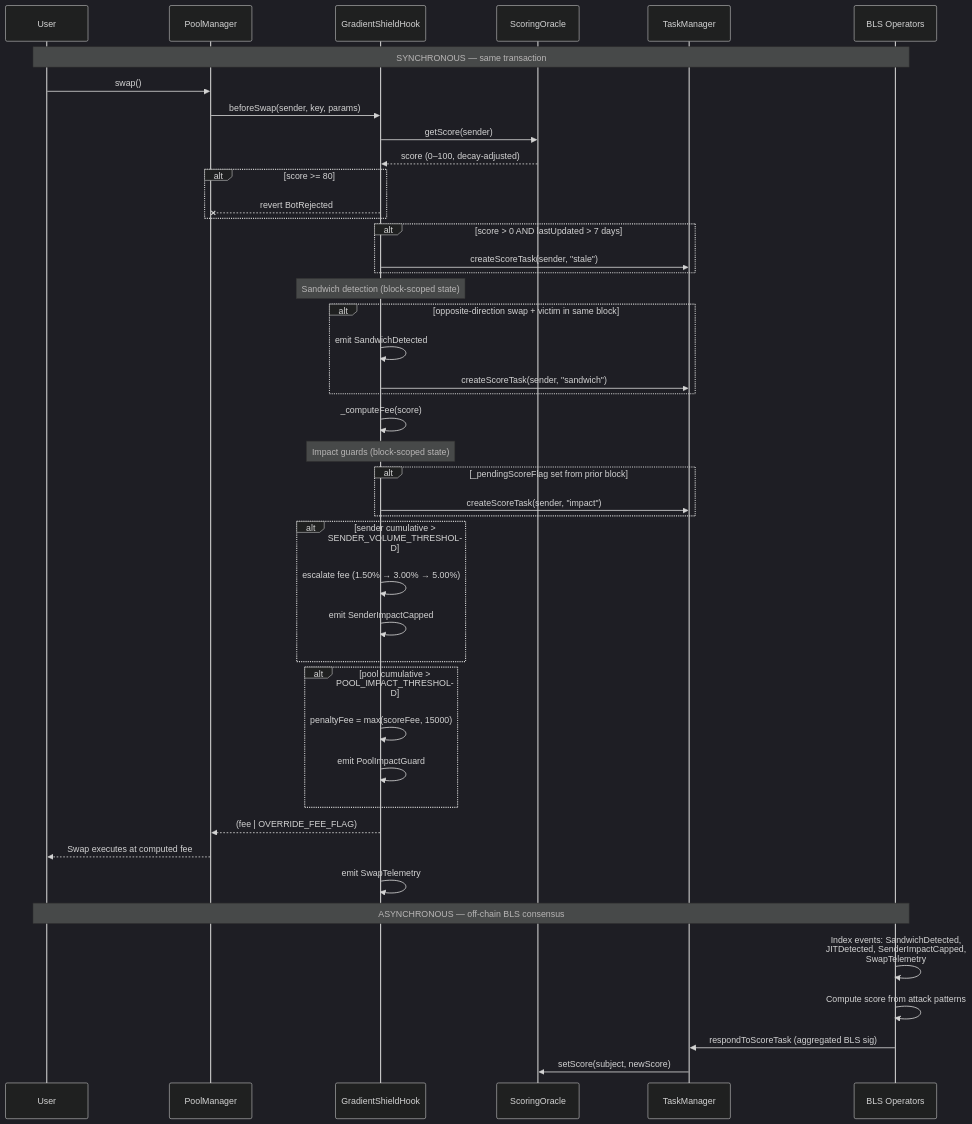
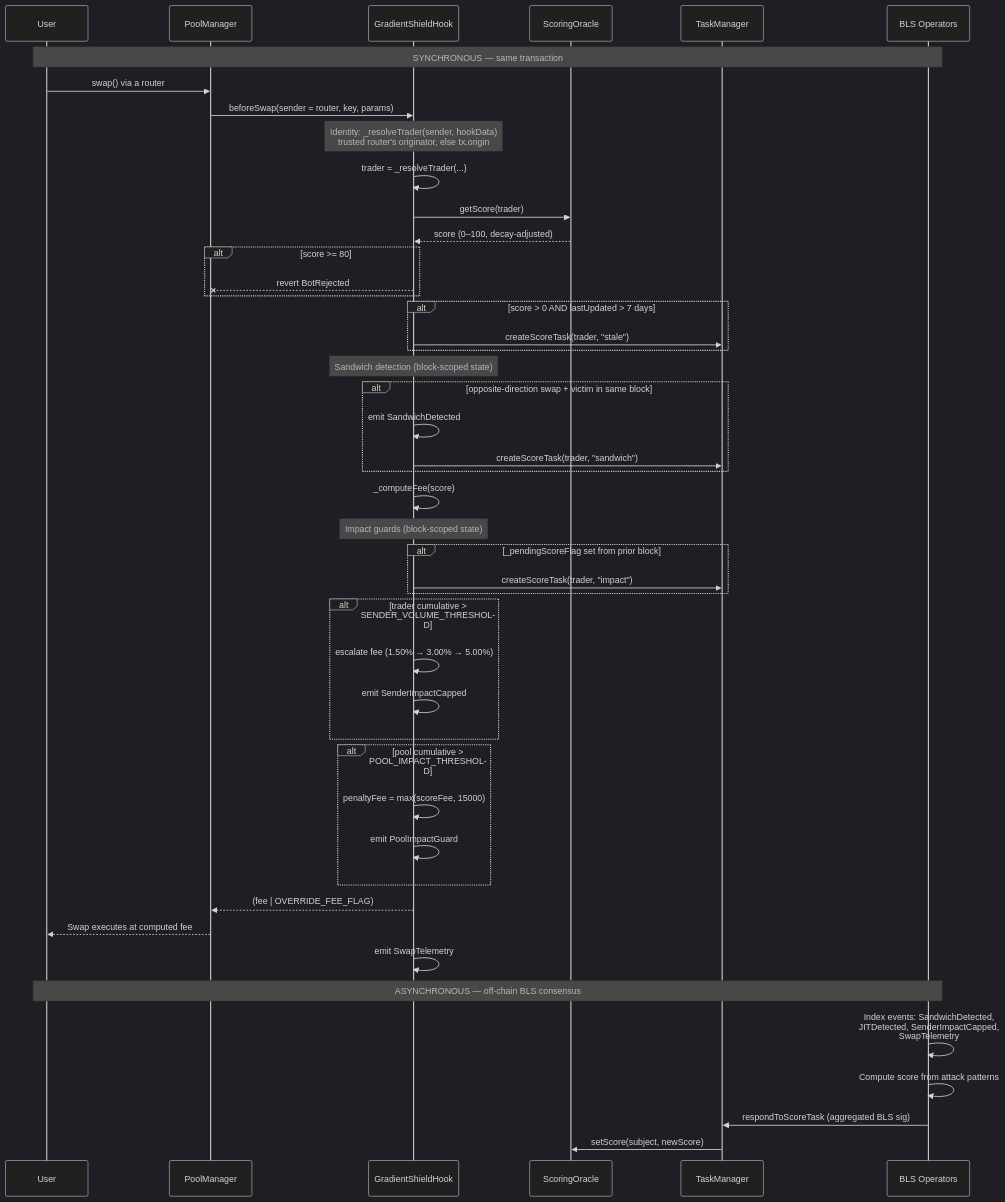
Before and after one commit to sivajialla/gradient-shield: the second of 2 diagrams in README.md, drawn with Mermaid (dark theme). The commit also changed other lines of this file and 13 other files, not shown here.

First line of the commit message:
Score the trader, not the router

````diff
--- a/README.md
+++ b/README.md
@@ -107,58 +107,61 @@
 ```mermaid
 sequenceDiagram
     participant User
     participant PM as PoolManager
     participant Hook as GradientShieldHook
     participant Oracle as ScoringOracle
     participant TM as TaskManager
     participant Ops as BLS Operators
 
     Note over User,Ops: SYNCHRONOUS — same transaction
 
-    User->>PM: swap()
-    PM->>Hook: beforeSwap(sender, key, params)
+    User->>PM: swap() via a router
+    PM->>Hook: beforeSwap(sender = router, key, params)
 
-    Hook->>Oracle: getScore(sender)
+    Note over Hook: Identity: _resolveTrader(sender, hookData)<br/>trusted router's originator, else tx.origin
+    Hook->>Hook: trader = _resolveTrader(...)
+
+    Hook->>Oracle: getScore(trader)
     Oracle-->>Hook: score (0–100, decay-adjusted)
 
     alt score >= 80
         Hook--xPM: revert BotRejected
     end
 
     alt score > 0 AND lastUpdated > 7 days
-        Hook->>TM: createScoreTask(sender, "stale")
+        Hook->>TM: createScoreTask(trader, "stale")
     end
 
     Note over Hook: Sandwich detection (block-scoped state)
     alt opposite-direction swap + victim in same block
         Hook->>Hook: emit SandwichDetected
-        Hook->>TM: createScoreTask(sender, "sandwich")
+        Hook->>TM: createScoreTask(trader, "sandwich")
     end
 
     Hook->>Hook: _computeFee(score)
 
     Note over Hook: Impact guards (block-scoped state)
     alt _pendingScoreFlag set from prior block
-        Hook->>TM: createScoreTask(sender, "impact")
+        Hook->>TM: createScoreTask(trader, "impact")
     end
-    alt sender cumulative > SENDER_VOLUME_THRESHOLD
+    alt trader cumulative > SENDER_VOLUME_THRESHOLD
         Hook->>Hook: escalate fee (1.50% → 3.00% → 5.00%)
         Hook->>Hook: emit SenderImpactCapped
     end
     alt pool cumulative > POOL_IMPACT_THRESHOLD
         Hook->>Hook: penaltyFee = max(scoreFee, 15000)
         Hook->>Hook: emit PoolImpactGuard
     end
 
     Hook-->>PM: (fee | OVERRIDE_FEE_FLAG)
     PM-->>User: Swap executes at computed fee
 
     Hook->>Hook: emit SwapTelemetry
 
     Note over User,Ops: ASYNCHRONOUS — off-chain BLS consensus
 
     Ops->>Ops: Index events: SandwichDetected,<br/>JITDetected, SenderImpactCapped,<br/>SwapTelemetry
     Ops->>Ops: Compute score from attack patterns
     Ops->>TM: respondToScoreTask (aggregated BLS sig)
     TM->>Oracle: setScore(subject, newScore)
 ```
````
